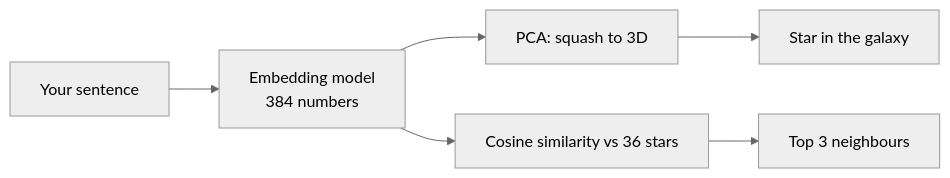
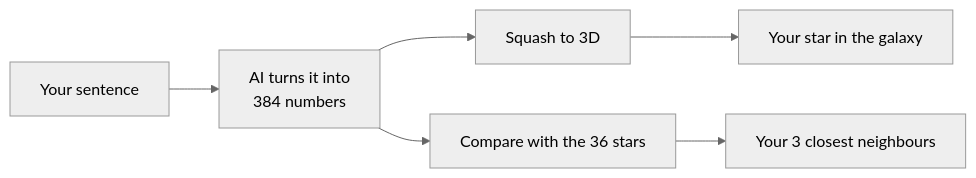
One commit to khadir-syed/k_ai-playground changed the diagram in chapters/02-galaxy/README.md. Above: the diagram before and after it, drawn with Mermaid (neutral theme). The commit also changed other lines of this file and 13 other files, not shown here.

````diff
--- a/chapters/02-galaxy/README.md
+++ b/chapters/02-galaxy/README.md
@@ -16,6 +29,6 @@
 ```mermaid
 flowchart LR
-  S[Your sentence] --> E[Embedding model<br/>384 numbers]
-  E --> P[PCA: squash to 3D] --> G[Star in the galaxy]
-  E --> C[Cosine similarity vs 36 stars] --> N[Top 3 neighbours]
+  S[Your sentence] --> E[AI turns it into<br/>384 numbers]
+  E --> P[Squash to 3D] --> G[Your star in the galaxy]
+  E --> C[Compare with the 36 stars] --> N[Your 3 closest neighbours]
 ```
````
